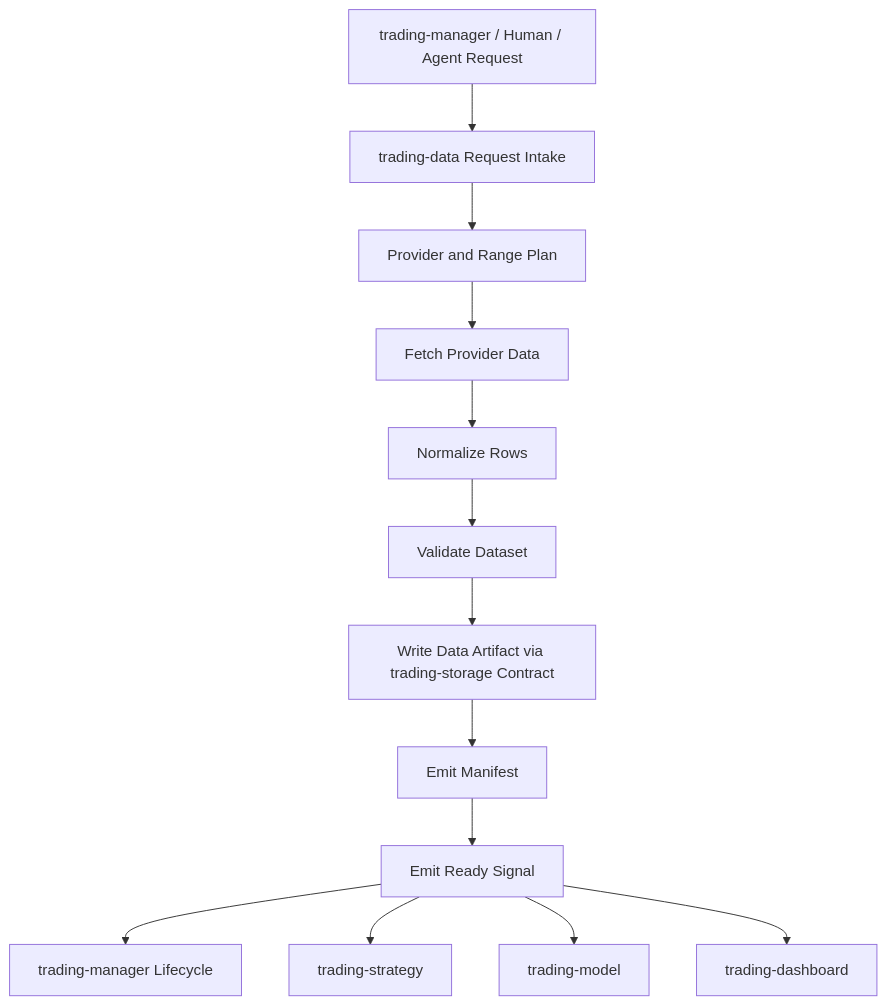
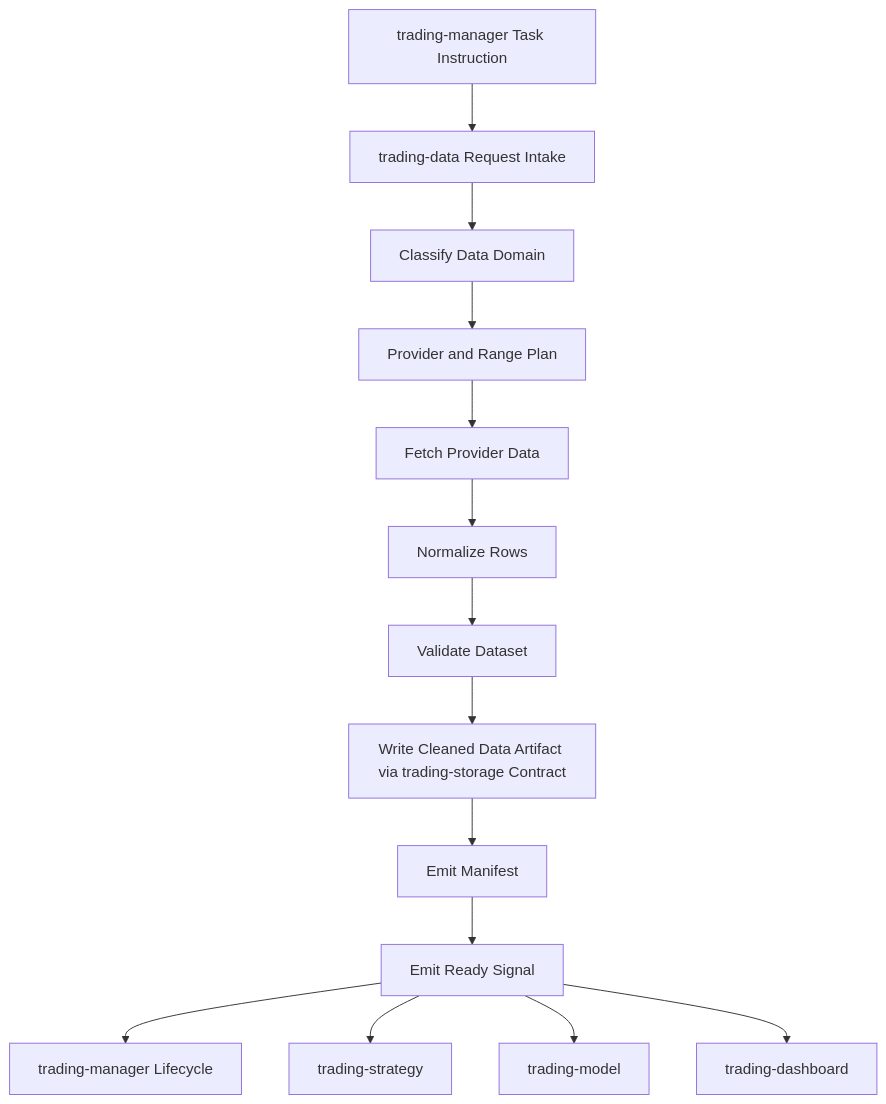
Before and after one commit to gilmore307/trading-data: the diagram in docs/02_workflow.md, drawn with Mermaid. The commit also changed other lines of this file and 10 other files, not shown here.

Commit message:
Add data domain and source docs

````diff
--- a/docs/02_workflow.md
+++ b/docs/02_workflow.md
@@ -28,15 +29,16 @@
 ```mermaid
 flowchart TD
-  A[trading-manager / Human / Agent Request] --> B[trading-data Request Intake]
-  B --> C[Provider and Range Plan]
-  C --> D[Fetch Provider Data]
-  D --> E[Normalize Rows]
-  E --> F[Validate Dataset]
-  F --> G[Write Data Artifact via trading-storage Contract]
-  G --> H[Emit Manifest]
-  H --> I[Emit Ready Signal]
-  I --> J[trading-manager Lifecycle]
-  I --> K[trading-strategy]
-  I --> L[trading-model]
-  I --> M[trading-dashboard]
+  A[trading-manager Task Instruction] --> B[trading-data Request Intake]
+  B --> C[Classify Data Domain]
+  C --> D[Provider and Range Plan]
+  D --> E[Fetch Provider Data]
+  E --> F[Normalize Rows]
+  F --> G[Validate Dataset]
+  G --> H[Write Cleaned Data Artifact via trading-storage Contract]
+  H --> I[Emit Manifest]
+  I --> J[Emit Ready Signal]
+  J --> K[trading-manager Lifecycle]
+  J --> L[trading-strategy]
+  J --> M[trading-model]
+  J --> N[trading-dashboard]
 ```
````
